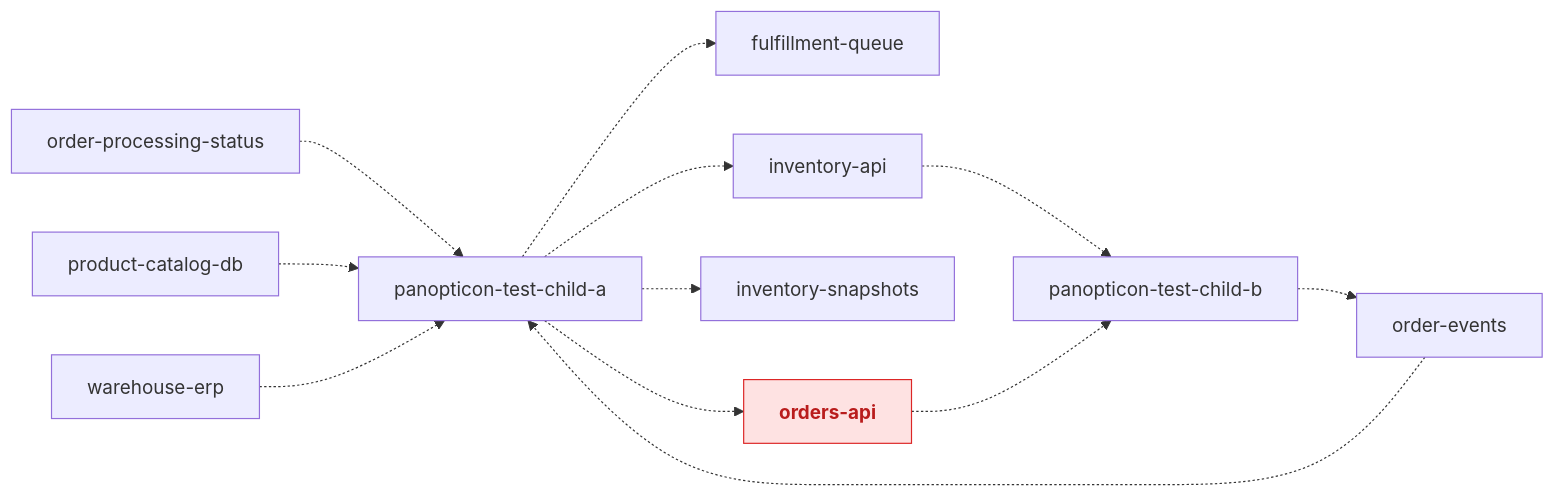
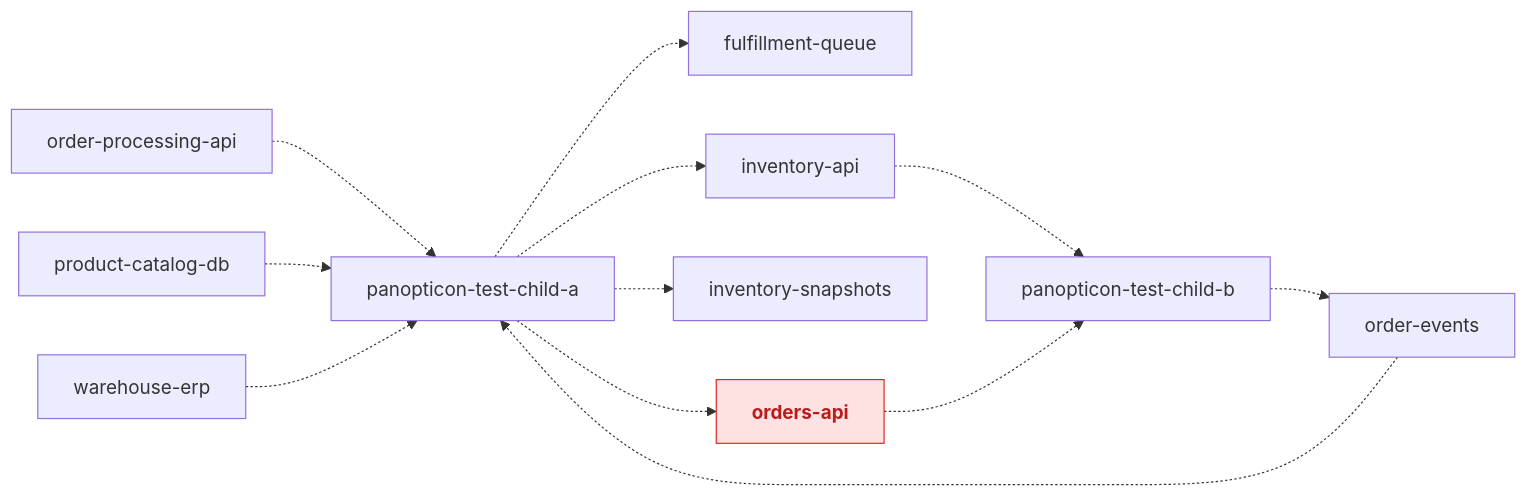
Before and after one commit to industrial-curiosity/panopticon-test: the first of 2 diagrams in docs/architecture.md, drawn with Mermaid. The commit also changed other lines of this file and 12 other files, not shown here.

Commit message:
panopticon: sync panopticon-test-child-a @ a4393358d5e82d891ba60a81c86403379a872a5f

````diff
--- a/docs/architecture.md
+++ b/docs/architecture.md
@@ -14,26 +14,26 @@
 ```mermaid
 graph LR
     repo_panopticon_test_child_a["panopticon-test-child-a"]
     repo_resource_fulfillment_queue_sqs["fulfillment-queue"]
     repo_panopticon_test_child_a -.-> repo_resource_fulfillment_queue_sqs
     repo_panopticon_test_child_b["panopticon-test-child-b"]
     repo_resource_inventory_api_rest["inventory-api"]
     repo_panopticon_test_child_a -.-> repo_resource_inventory_api_rest
     repo_resource_inventory_api_rest -.-> repo_panopticon_test_child_b
     repo_resource_inventory_snapshots_s3["inventory-snapshots"]
     repo_panopticon_test_child_a -.-> repo_resource_inventory_snapshots_s3
     repo_resource_order_events_kafka["order-events"]
     repo_panopticon_test_child_b -.-> repo_resource_order_events_kafka
     repo_resource_order_events_kafka -.-> repo_panopticon_test_child_a
-    repo_resource_order_processing_status_rest["order-processing-status"]
-    repo_resource_order_processing_status_rest -.-> repo_panopticon_test_child_a
+    repo_resource_order_processing_api_rest["order-processing-api"]
+    repo_resource_order_processing_api_rest -.-> repo_panopticon_test_child_a
     repo_resource_orders_api_rest["orders-api"]
     class repo_resource_orders_api_rest conflictResource
     repo_panopticon_test_child_a -.-> repo_resource_orders_api_rest
     repo_resource_orders_api_rest -.-> repo_panopticon_test_child_b
-    repo_resource_product_catalog_db_database["product-catalog-db"]
-    repo_resource_product_catalog_db_database -.-> repo_panopticon_test_child_a
+    repo_resource_product_catalog_db_postgres["product-catalog-db"]
+    repo_resource_product_catalog_db_postgres -.-> repo_panopticon_test_child_a
     repo_resource_warehouse_erp_rest["warehouse-erp"]
     repo_resource_warehouse_erp_rest -.-> repo_panopticon_test_child_a
     classDef conflictResource fill:#fee2e2,stroke:#dc2626,color:#b91c1c,font-weight:bold
 ```
````
